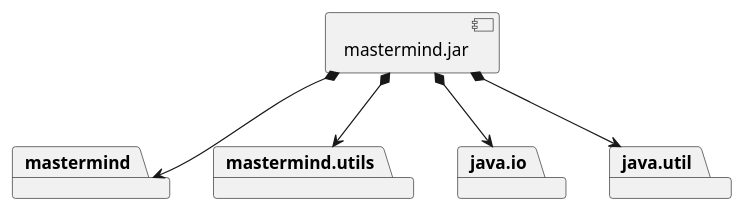
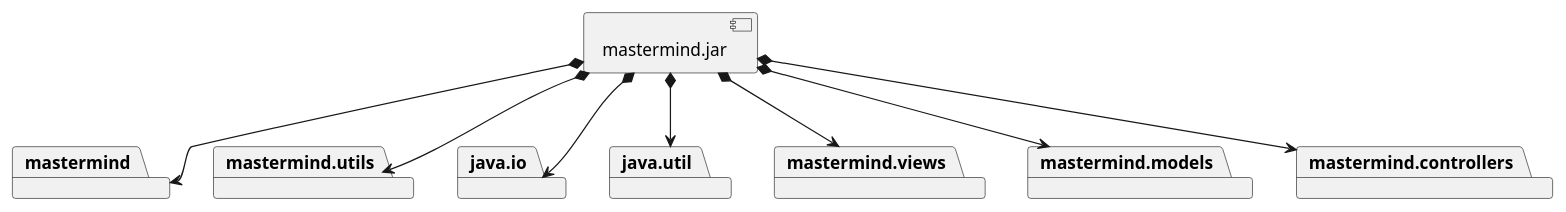
Before and after one commit to zuldare/masterCloudURJC-1-calidad-softwar: the diagram in diagrams/DevelopmentImplementation.puml, drawn with PlantUML. The commit also changed 7 other files, not shown here.

Commit message:
Update Diagrama de clases

```diff
--- a/diagrams/DevelopmentImplementation.puml
+++ b/diagrams/DevelopmentImplementation.puml
@@ -1,13 +1,19 @@
 @startuml
 
 component mastermind.jar
 package mastermind
 package mastermind.utils
 package java.io
 package java.util
+package mastermind.views
+package mastermind.models
+package mastermind.controllers
 
 mastermind.jar  *--> mastermind
+mastermind.jar  *--> mastermind.views
+mastermind.jar  *--> mastermind.models
+mastermind.jar  *--> mastermind.controllers
 mastermind.jar  *--> mastermind.utils
 mastermind.jar  *--> java.io
 mastermind.jar  *--> java.util
 @enduml
```
